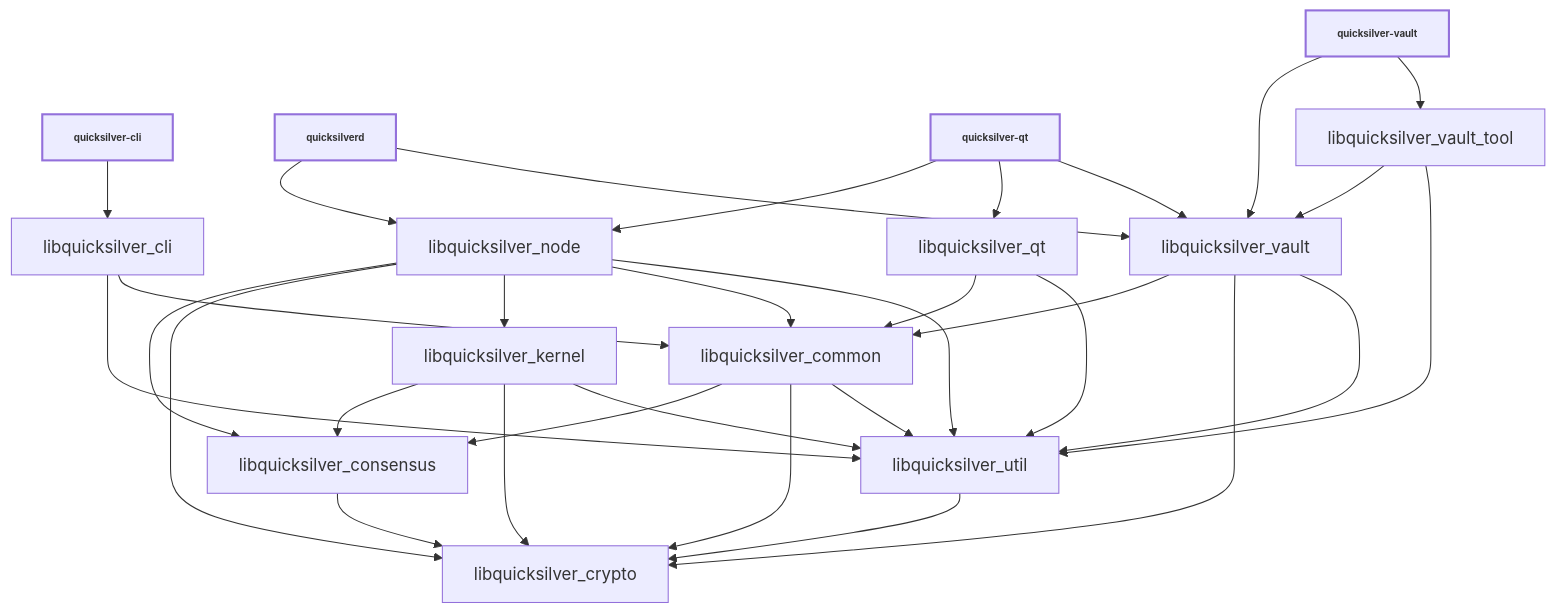
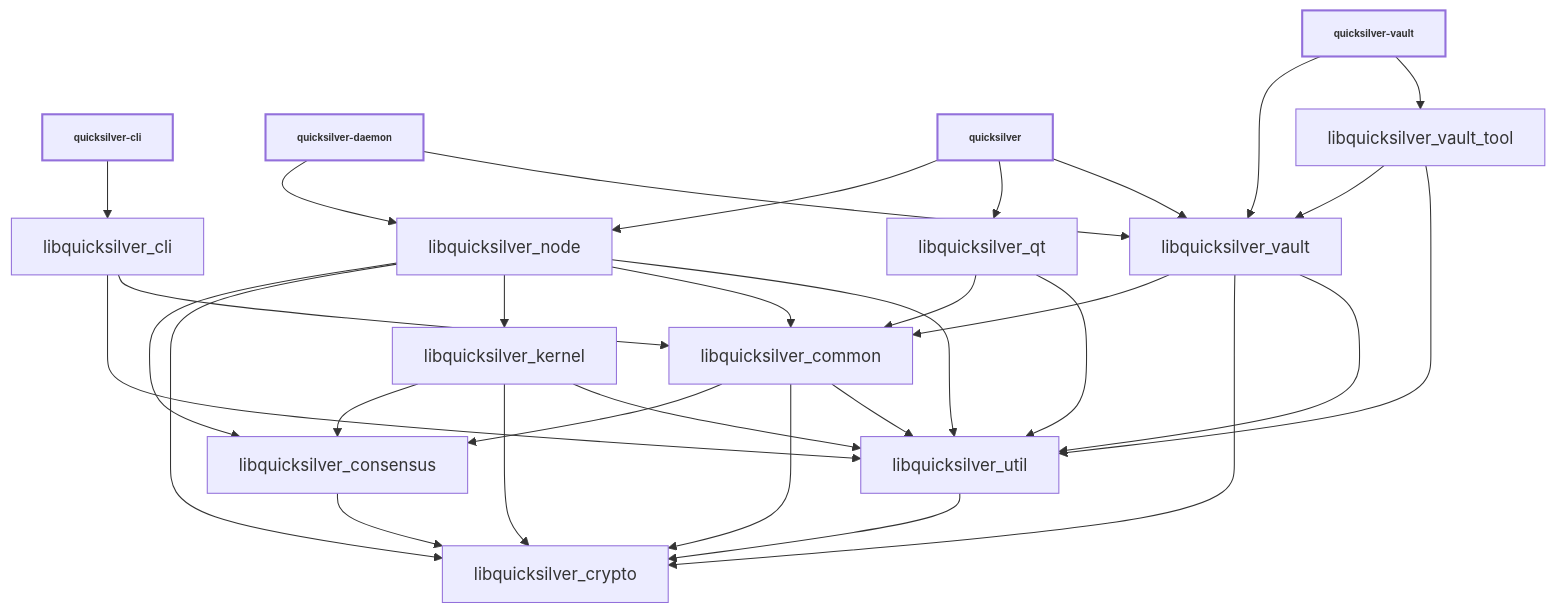
Before and after one commit to quicksilver-hg/quicksilver: the diagram in doc/design/libraries.md, drawn with Mermaid. The commit also changed other lines of this file and 211 other files, not shown here.

````diff
--- a/doc/design/libraries.md
+++ b/doc/design/libraries.md
@@ -34,52 +34,52 @@
 ```mermaid
 
 %%{ init : { "flowchart" : { "curve" : "basis" }}}%%
 
 graph TD;
 
 quicksilver-cli[quicksilver-cli]-->libquicksilver_cli;
 
-quicksilverd[quicksilverd]-->libquicksilver_node;
-quicksilverd[quicksilverd]-->libquicksilver_vault;
+quicksilver-daemon[quicksilver-daemon]-->libquicksilver_node;
+quicksilver-daemon[quicksilver-daemon]-->libquicksilver_vault;
 
-quicksilver-qt[quicksilver-qt]-->libquicksilver_node;
-quicksilver-qt[quicksilver-qt]-->libquicksilver_qt;
-quicksilver-qt[quicksilver-qt]-->libquicksilver_vault;
+quicksilver[quicksilver]-->libquicksilver_node;
+quicksilver[quicksilver]-->libquicksilver_qt;
+quicksilver[quicksilver]-->libquicksilver_vault;
 
 quicksilver-vault[quicksilver-vault]-->libquicksilver_vault;
 quicksilver-vault[quicksilver-vault]-->libquicksilver_vault_tool;
 
 libquicksilver_cli-->libquicksilver_util;
 libquicksilver_cli-->libquicksilver_common;
 
 libquicksilver_consensus-->libquicksilver_crypto;
 
 libquicksilver_common-->libquicksilver_consensus;
 libquicksilver_common-->libquicksilver_crypto;
 libquicksilver_common-->libquicksilver_util;
 
 libquicksilver_kernel-->libquicksilver_consensus;
 libquicksilver_kernel-->libquicksilver_crypto;
 libquicksilver_kernel-->libquicksilver_util;
 
 libquicksilver_node-->libquicksilver_consensus;
 libquicksilver_node-->libquicksilver_crypto;
 libquicksilver_node-->libquicksilver_kernel;
 libquicksilver_node-->libquicksilver_common;
 libquicksilver_node-->libquicksilver_util;
 
 libquicksilver_qt-->libquicksilver_common;
 libquicksilver_qt-->libquicksilver_util;
 
 libquicksilver_util-->libquicksilver_crypto;
 
 libquicksilver_vault-->libquicksilver_common;
 libquicksilver_vault-->libquicksilver_crypto;
 libquicksilver_vault-->libquicksilver_util;
 
 libquicksilver_vault_tool-->libquicksilver_vault;
 libquicksilver_vault_tool-->libquicksilver_util;
 
 classDef bold stroke-width:2px, font-weight:bold, font-size: smaller;
-class quicksilver-qt,quicksilverd,quicksilver-cli,quicksilver-vault bold
+class quicksilver,quicksilver-daemon,quicksilver-cli,quicksilver-vault bold
 ```
````
